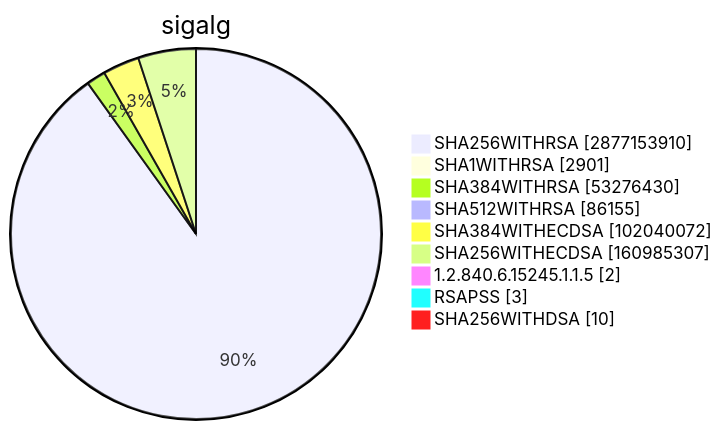
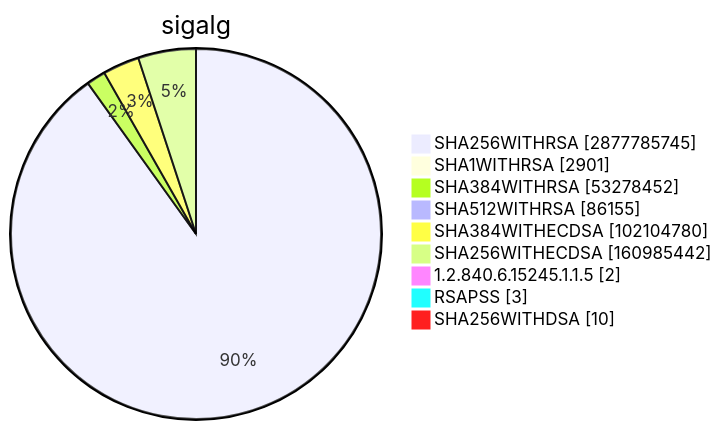
Diagram 15 of 15 in TOTAL/README.md (christiankrug/ctmonitor_visualization), drawn with Mermaid before and after one commit. The commit also changed other lines of this file, not shown here.

````diff
--- a/TOTAL/README.md
+++ b/TOTAL/README.md
@@ -6207,13 +6207,13 @@
 ```mermaid
 pie showData
 title sigalg
-"SHA256WITHRSA" :2877153910
+"SHA256WITHRSA" :2877785745
 "SHA1WITHRSA" :2901
-"SHA384WITHRSA" :53276430
+"SHA384WITHRSA" :53278452
 "SHA512WITHRSA" :86155
-"SHA384WITHECDSA" :102040072
-"SHA256WITHECDSA" :160985307
+"SHA384WITHECDSA" :102104780
+"SHA256WITHECDSA" :160985442
 "1.2.840.6.15245.1.1.5" :2
 "RSAPSS" :3
 "SHA256WITHDSA" :10
 ```
````
